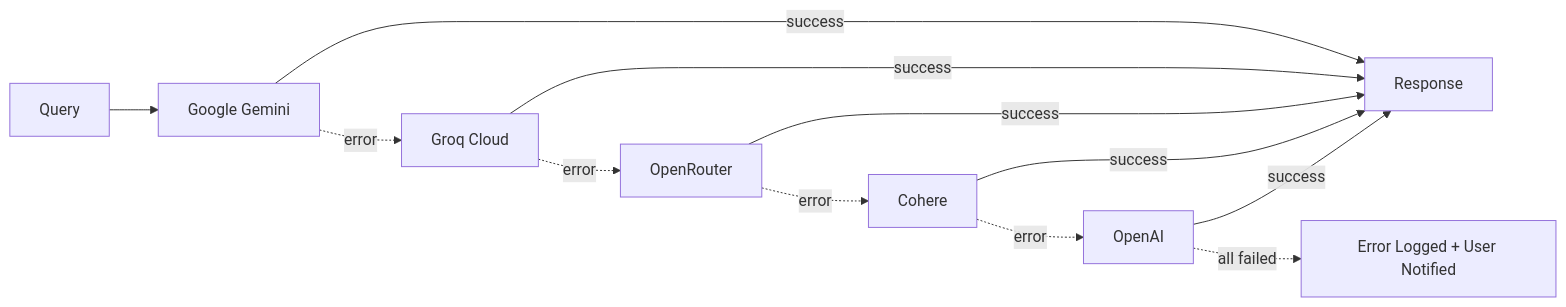
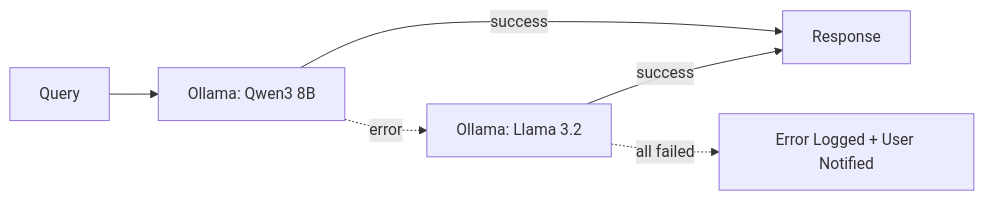
One commit to MohammedHamza0/Faqih.ai changed the second of 3 diagrams in README.md. Above: the diagram before and after it, drawn with Mermaid. The commit also changed other lines of this file, not shown here.

Commit message:
refactor: transition LLM architecture from cloud providers to local Ollama models with failover support

````diff
--- a/README.md
+++ b/README.md
@@ -52,14 +46,8 @@
 ```mermaid
 graph LR
-    Q[Query] --> P1[Google Gemini]
+    Q[Query] --> P1[Ollama: Qwen3 8B]
     P1 -->|success| R[Response]
-    P1 -.->|error| P2[Groq Cloud]
+    P1 -.->|error| P2[Ollama: Llama 3.2]
     P2 -->|success| R
-    P2 -.->|error| P3[OpenRouter]
-    P3 -->|success| R
-    P3 -.->|error| P4[Cohere]
-    P4 -->|success| R
-    P4 -.->|error| P5[OpenAI]
-    P5 -->|success| R
-    P5 -.->|all failed| ERR[Error Logged + User Notified]
+    P2 -.->|all failed| ERR[Error Logged + User Notified]
 ```
````
